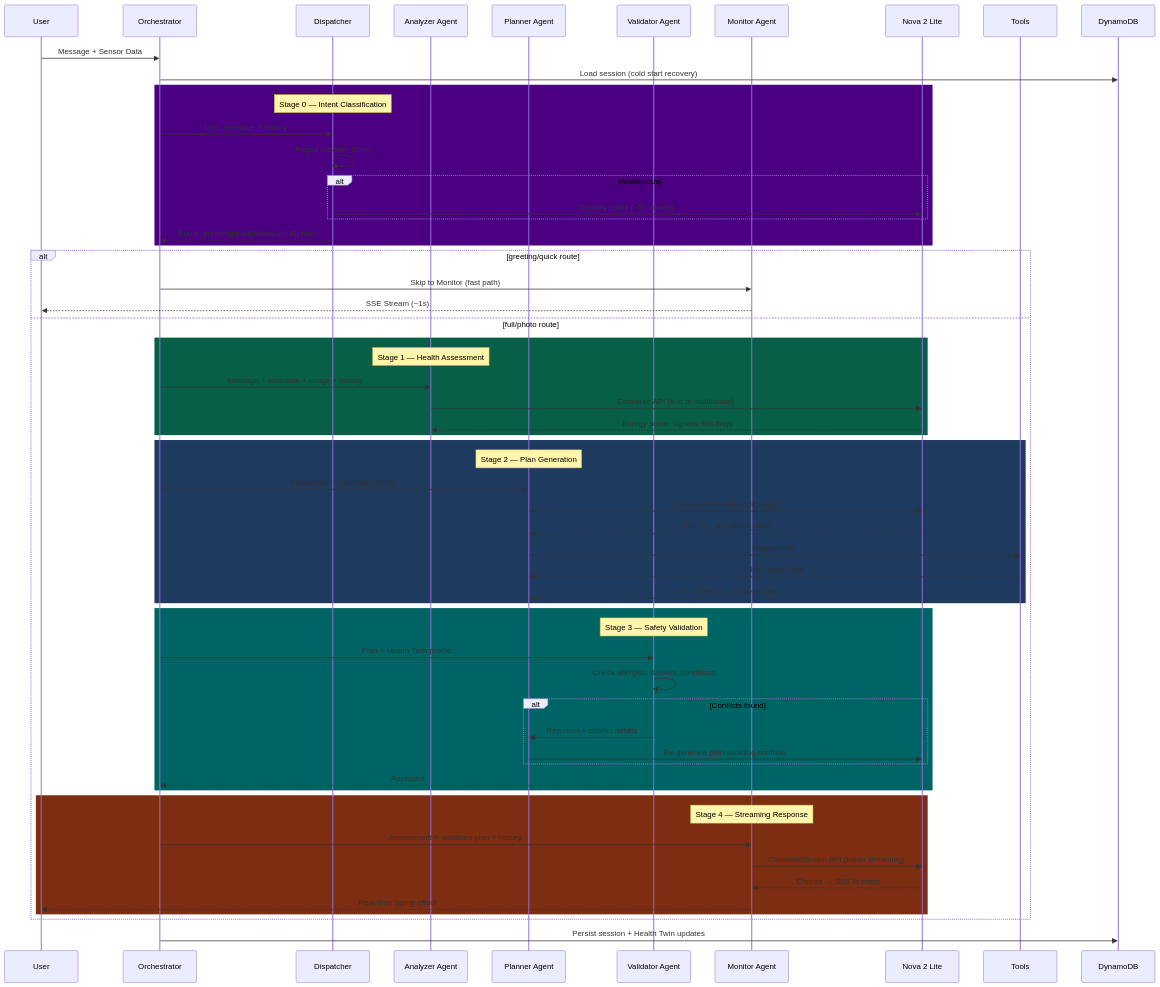
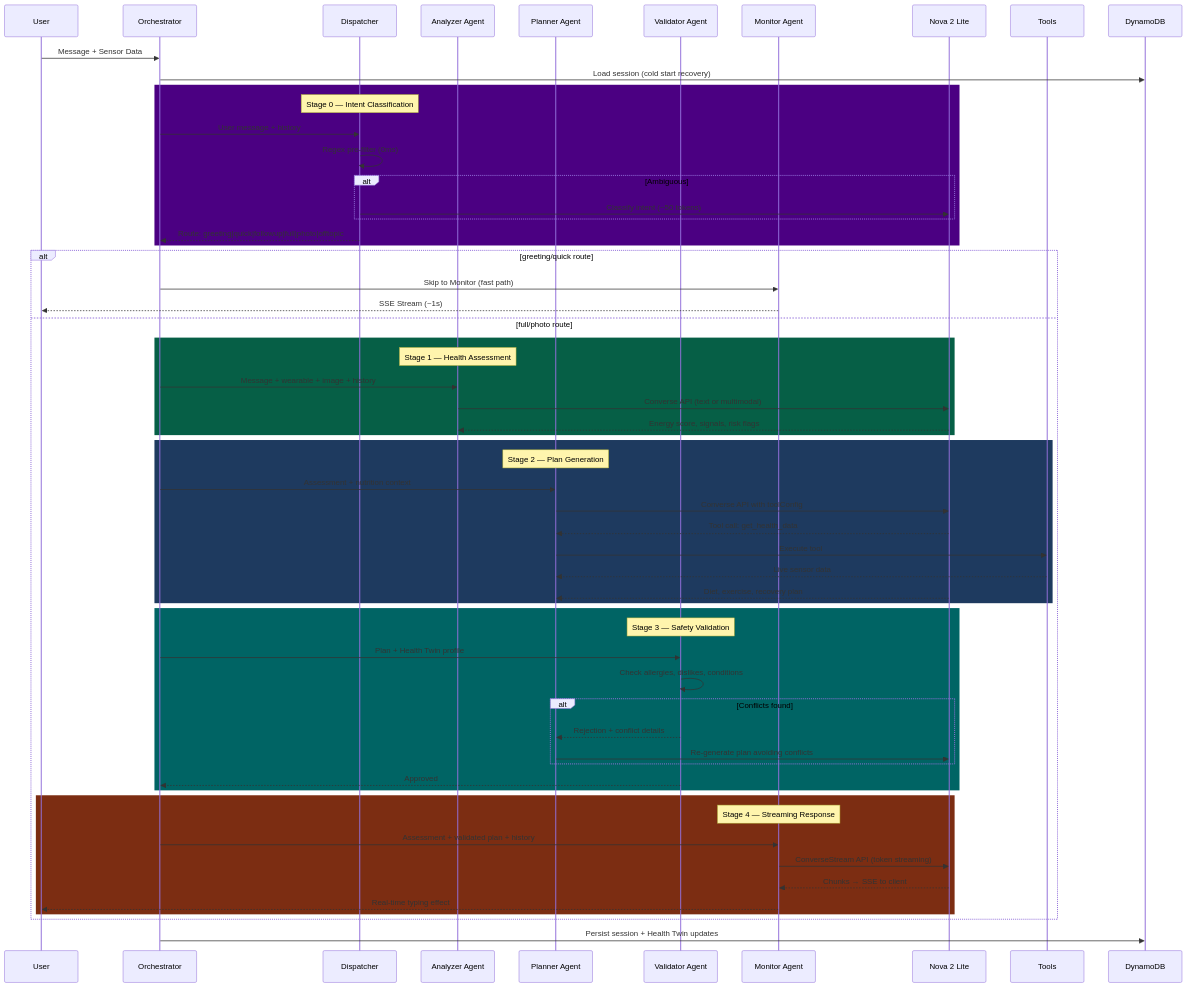
Before and after one commit to kosiorkosa47/NovaFit: the second of 4 diagrams in README.md, drawn with Mermaid. The commit also changed other lines of this file and 2 other files, not shown here.

````diff
--- a/README.md
+++ b/README.md
@@ -86,71 +86,71 @@
 ```mermaid
 sequenceDiagram
     participant U as User
     participant O as Orchestrator
     participant D as Dispatcher
     participant A as Analyzer Agent
     participant P as Planner Agent
     participant V as Validator Agent
     participant M as Monitor Agent
     participant B as Nova 2 Lite
     participant T as Tools
     participant DB as DynamoDB
 
     U->>O: Message + Sensor Data
     O->>DB: Load session (cold start recovery)
 
     rect rgb(75, 0, 130)
         Note over D: Stage 0 — Intent Classification
         O->>D: User message + history
         D->>D: Regex pre-filter (0ms)
         alt Ambiguous
             D->>B: Classify intent (~50 tokens)
         end
-        D-->>O: Route: greeting|quick|followup|full|photo
+        D-->>O: Route: greeting|quick|followup|full|photo|offtopic
     end
 
     alt greeting/quick route
         O->>M: Skip to Monitor (fast path)
         M-->>U: SSE Stream (~1s)
     else full/photo route
 
     rect rgb(6, 95, 70)
         Note over A: Stage 1 — Health Assessment
         O->>A: Message + wearable + image + history
         A->>B: Converse API (text or multimodal)
         B-->>A: Energy score, signals, risk flags
     end
 
     rect rgb(30, 58, 95)
         Note over P: Stage 2 — Plan Generation
         O->>P: Assessment + nutrition context
         P->>B: Converse API with toolConfig
         B-->>P: Tool call: get_health_data
         P->>T: Execute tool
         T-->>P: Live sensor data
         B-->>P: Diet, exercise, recovery plan
     end
 
     rect rgb(0, 100, 100)
         Note over V: Stage 3 — Safety Validation
         O->>V: Plan + Health Twin profile
         V->>V: Check allergies, dislikes, conditions
         alt Conflicts found
             V-->>P: Rejection + conflict details
             P->>B: Re-generate plan avoiding conflicts
         end
         V-->>O: Approved
     end
 
     rect rgb(124, 45, 18)
         Note over M: Stage 4 — Streaming Response
         O->>M: Assessment + validated plan + history
         M->>B: ConverseStream API (token streaming)
         B-->>M: Chunks → SSE to client
         M-->>U: Real-time typing effect
     end
 
     end
 
     O->>DB: Persist session + Health Twin updates
 ```
````
